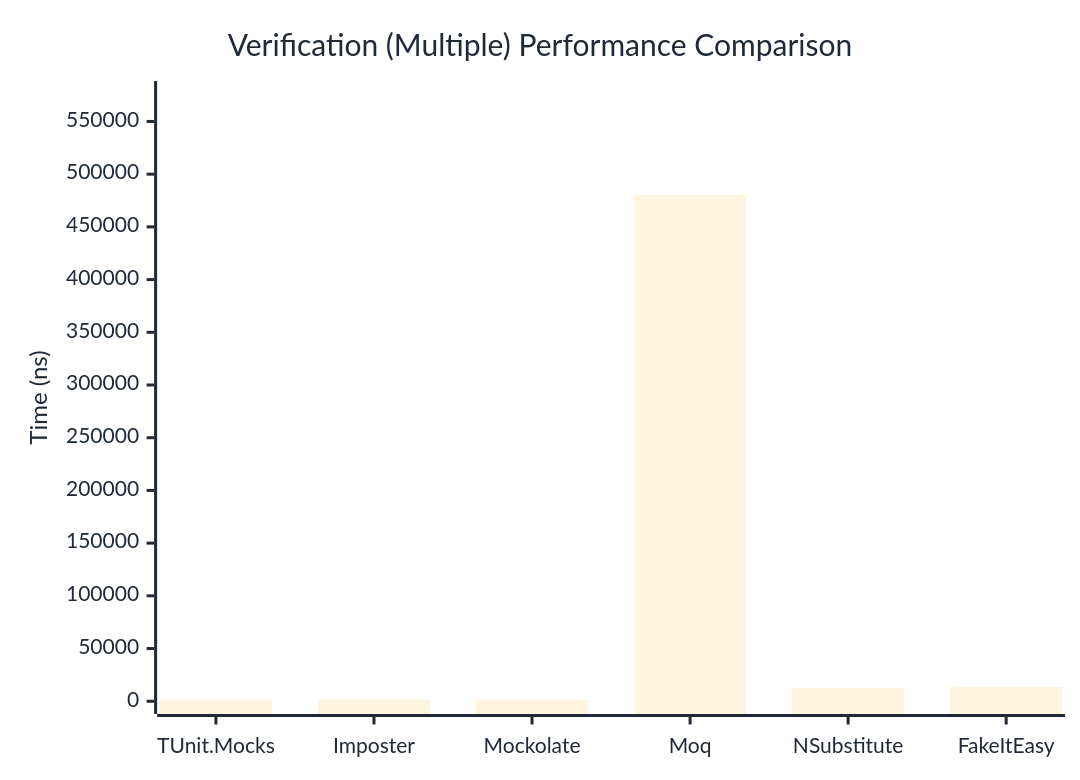
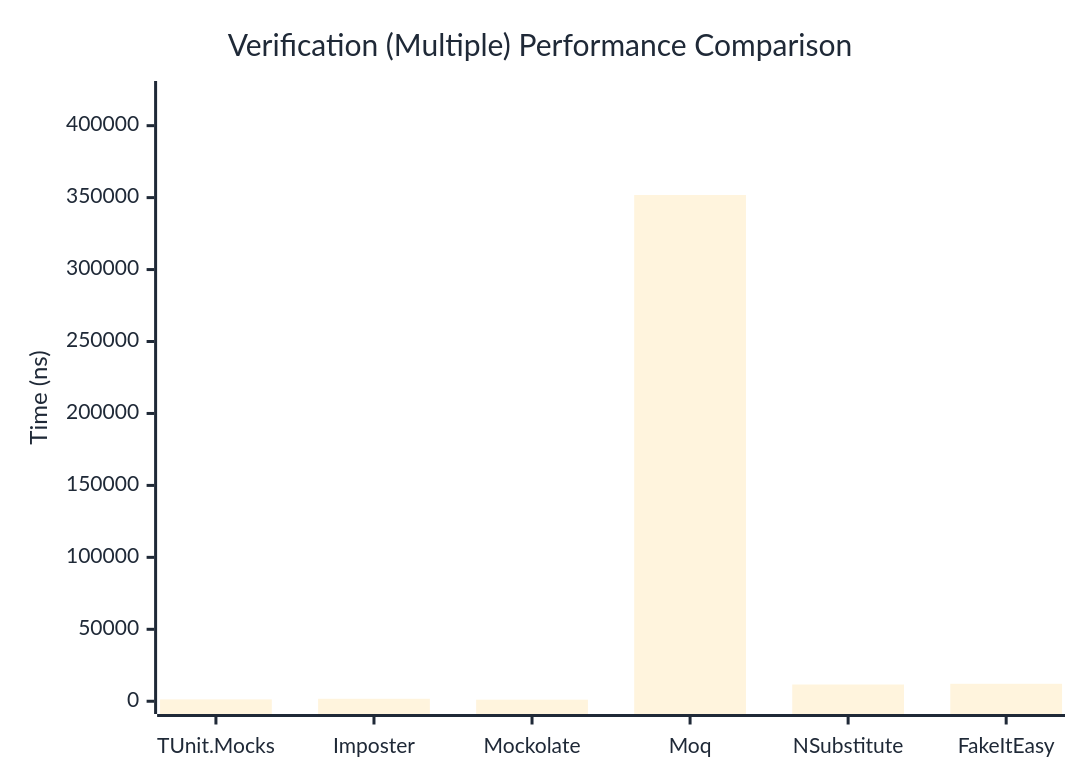
Before and after one commit to thomhurst/TUnit: the third of 3 diagrams in docs/docs/benchmarks/mocks/Verification.md, drawn with Mermaid. The commit also changed other lines of this file and 14 other files, not shown here.

````diff
--- a/docs/docs/benchmarks/mocks/Verification.md
+++ b/docs/docs/benchmarks/mocks/Verification.md
@@ -112,27 +112,27 @@
 ```mermaid
 %%{init: {
   'theme':'base',
   'themeVariables': {
     'primaryColor': '#2563eb',
     'primaryTextColor': '#1f2937',
     'primaryBorderColor': '#1e40af',
     'lineColor': '#6b7280',
     'secondaryColor': '#7c3aed',
     'tertiaryColor': '#dc2626',
     'background': '#ffffff',
     'pie1': '#2563eb',
     'pie2': '#7c3aed',
     'pie3': '#dc2626',
     'pie4': '#f59e0b',
     'pie5': '#10b981',
     'pie6': '#06b6d4',
     'pie7': '#ec4899',
     'pie8': '#6366f1'
   }
 }}%%
 xychart-beta
   title "Verification (Multiple) Performance Comparison"
   x-axis ["TUnit.Mocks", "Imposter", "Mockolate", "Moq", "NSubstitute", "FakeItEasy"]
-  y-axis "Time (ns)" 0 --> 576284
-  bar [1227.53, 1709.39, 1096.44, 480236.4, 12563.78, 13513.18]
+  y-axis "Time (ns)" 0 --> 422181
+  bar [1290.53, 1707.52, 1095.07, 351816.83, 11635.22, 12142.22]
 ```
````
